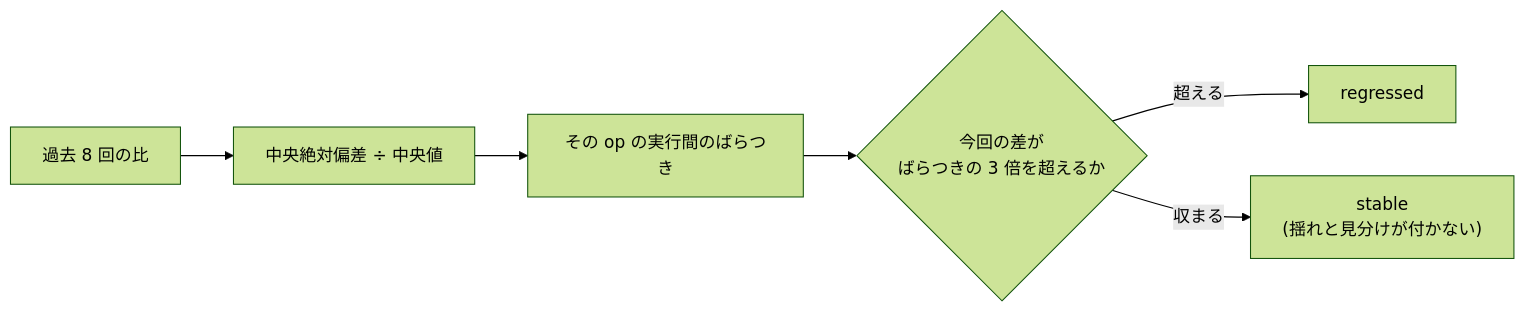
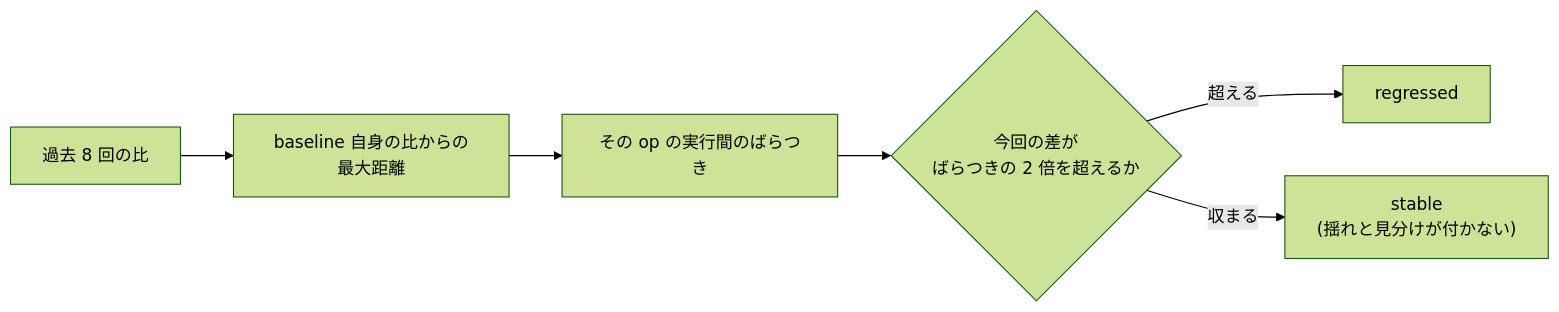
Before and after one commit to cardene777/kiwa: the diagram in docs/quality/perf-thresholds.md, drawn with Mermaid (forest theme). The commit also changed other lines of this file and 2 other files, not shown here.

````diff
--- a/docs/quality/perf-thresholds.md
+++ b/docs/quality/perf-thresholds.md
@@ -318,8 +318,8 @@
 ```mermaid
 graph LR
-    A["過去 8 回の比"] --> B["中央絶対偏差 ÷ 中央値"]
+    A["過去 8 回の比"] --> B["baseline 自身の比からの最大距離"]
     B --> C["その op の実行間のばらつき"]
-    C --> D{"今回の差が<br/>ばらつきの 3 倍を超えるか"}
+    C --> D{"今回の差が<br/>ばらつきの 2 倍を超えるか"}
     D -->|"超える"| E[regressed]
     D -->|"収まる"| F["stable<br/>(揺れと見分けが付かない)"]
 ```
````
